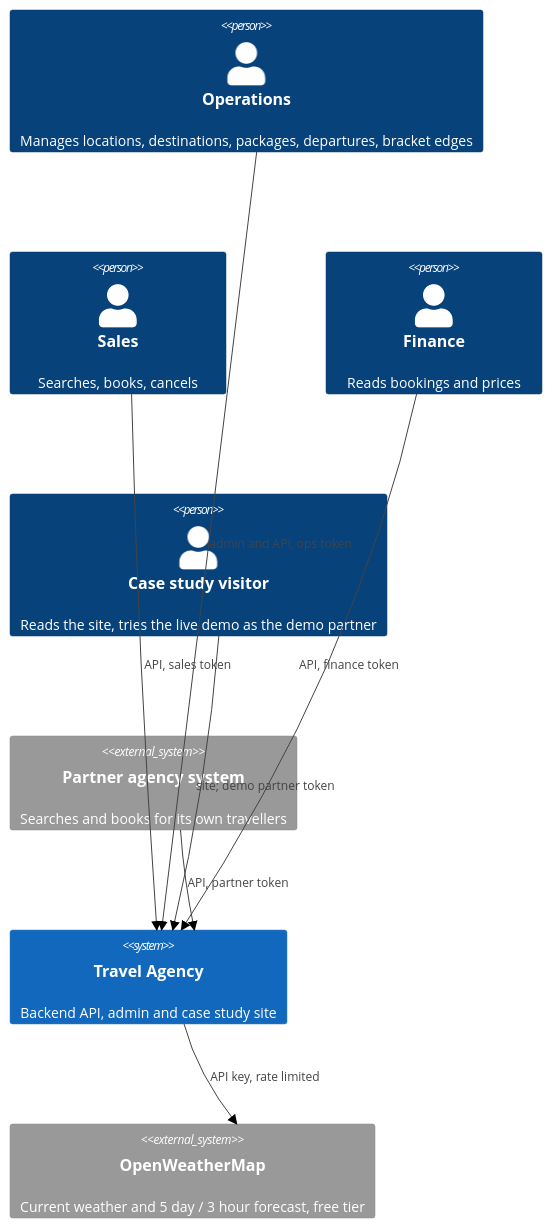
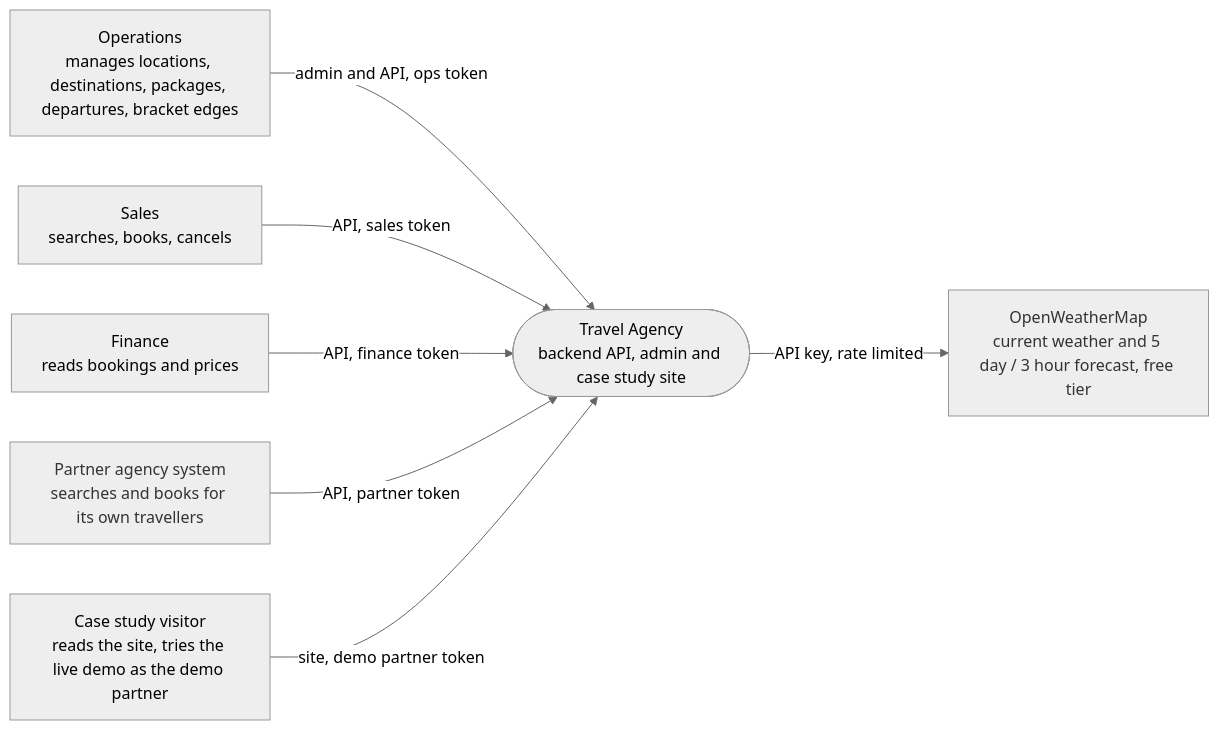
One commit to AlitalipSever/travel-agency changed the first of 6 diagrams in docs/02-architecture.md. Above: the diagram before and after it, drawn with Mermaid (neutral theme). The commit also changed other lines of this file and 2 other files, not shown here.

First line of the commit message:
Diagrams drawn as plain Mermaid flowcharts for renderer compatibility

````diff
--- a/docs/02-architecture.md
+++ b/docs/02-architecture.md
@@ -136,16 +138,18 @@
 ```mermaid
-C4Context
-  Person(ops, "Operations", "Manages locations, destinations, packages, departures, bracket edges")
-  Person(sales, "Sales", "Searches, books, cancels")
-  Person(finance, "Finance", "Reads bookings and prices")
-  Person(visitor, "Case study visitor", "Reads the site, tries the live demo as the demo partner")
-  System_Ext(partner, "Partner agency system", "Searches and books for its own travellers")
-  System(travel-agency, "Travel Agency", "Backend API, admin and case study site")
-  System_Ext(owm, "OpenWeatherMap", "Current weather and 5 day / 3 hour forecast, free tier")
-  Rel(ops, travel-agency, "admin and API, ops token")
-  Rel(sales, travel-agency, "API, sales token")
-  Rel(finance, travel-agency, "API, finance token")
-  Rel(partner, travel-agency, "API, partner token")
-  Rel(visitor, travel-agency, "site; demo partner token")
-  Rel(travel-agency, owm, "API key, rate limited")
+flowchart LR
+  ops["Operations<br/>manages locations, destinations, packages, departures, bracket edges"]
+  sales["Sales<br/>searches, books, cancels"]
+  finance["Finance<br/>reads bookings and prices"]
+  visitor["Case study visitor<br/>reads the site, tries the live demo as the demo partner"]
+  partner["Partner agency system<br/>searches and books for its own travellers"]
+  sys(["Travel Agency<br/>backend API, admin and case study site"])
+  owm["OpenWeatherMap<br/>current weather and 5 day / 3 hour forecast, free tier"]
+  ops -- "admin and API, ops token" --> sys
+  sales -- "API, sales token" --> sys
+  finance -- "API, finance token" --> sys
+  partner -- "API, partner token" --> sys
+  visitor -- "site, demo partner token" --> sys
+  sys -- "API key, rate limited" --> owm
+  classDef ext fill:#eee,stroke:#999,color:#333
+  class partner,owm ext
 ```
````
